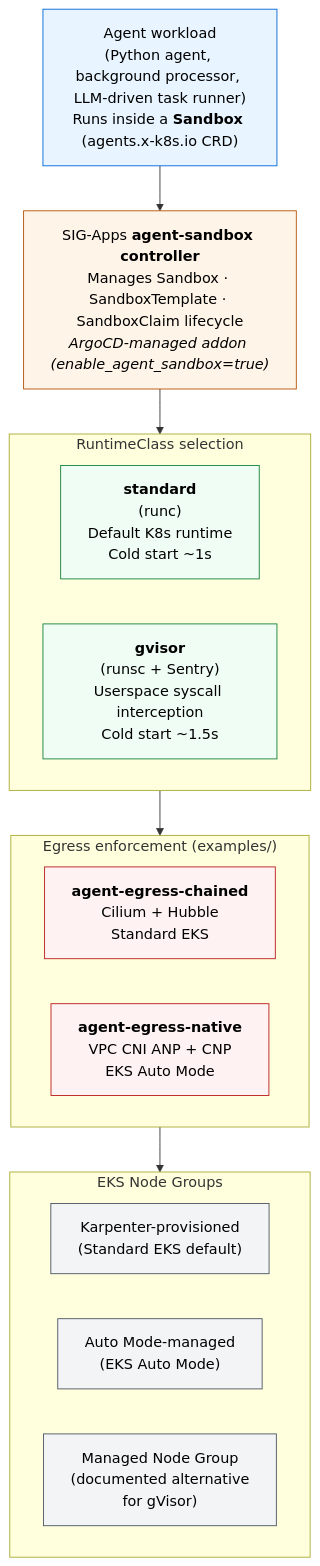
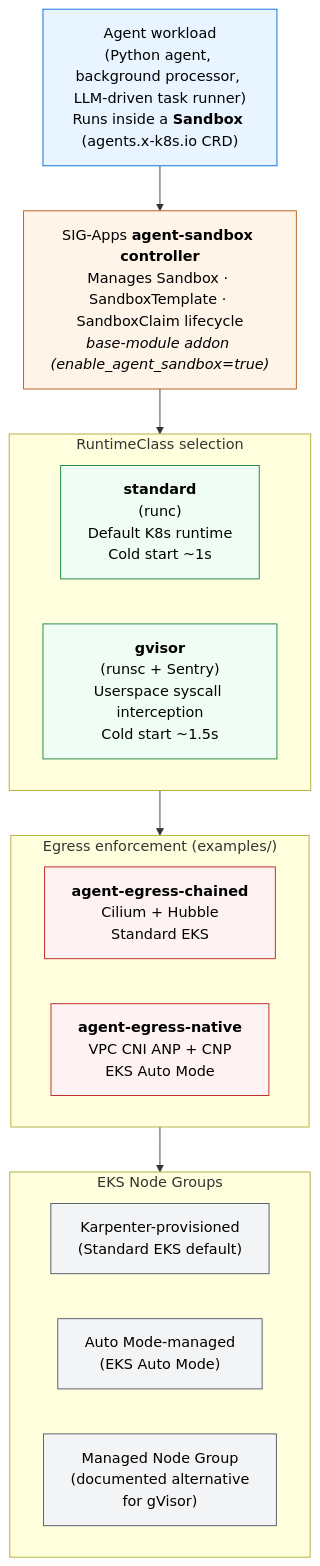
Before and after one commit to awslabs/ai-on-eks: the diagram in website/docs/infra/agents/agent-sandbox.md, drawn with Mermaid. The commit also changed other lines of this file and 4 other files, not shown here.

````diff
--- a/website/docs/infra/agents/agent-sandbox.md
+++ b/website/docs/infra/agents/agent-sandbox.md
@@ -27,36 +27,36 @@
 ```mermaid
 flowchart TB
     classDef workload fill:#e8f4ff,stroke:#0366d6,color:#000
     classDef controller fill:#fff4e8,stroke:#b45309,color:#000
     classDef runtime fill:#f0fdf4,stroke:#15803d,color:#000
     classDef egress fill:#fef2f2,stroke:#b91c1c,color:#000
     classDef node fill:#f3f4f6,stroke:#4b5563,color:#000
 
     A["Agent workload<br/>(Python agent, background processor, LLM-driven task runner)<br/>Runs inside a <b>Sandbox</b> (agents.x-k8s.io CRD)"]:::workload
 
-    B["SIG-Apps <b>agent-sandbox controller</b><br/>Manages Sandbox · SandboxTemplate · SandboxClaim lifecycle<br/><i>ArgoCD-managed addon (enable_agent_sandbox=true)</i>"]:::controller
+    B["SIG-Apps <b>agent-sandbox controller</b><br/>Manages Sandbox · SandboxTemplate · SandboxClaim lifecycle<br/><i>base-module addon (enable_agent_sandbox=true)</i>"]:::controller
 
     subgraph C["RuntimeClass selection"]
         direction LR
         C1["<b>standard</b><br/>(runc)<br/>Default K8s runtime<br/>Cold start ~1s"]:::runtime
         C2["<b>gvisor</b><br/>(runsc + Sentry)<br/>Userspace syscall interception<br/>Cold start ~1.5s"]:::runtime
     end
 
     subgraph D["Egress enforcement (examples/)"]
         direction LR
         D1["<b>agent-egress-chained</b><br/>Cilium + Hubble<br/>Standard EKS"]:::egress
         D2["<b>agent-egress-native</b><br/>VPC CNI ANP + CNP<br/>EKS Auto Mode"]:::egress
     end
 
     subgraph E["EKS Node Groups"]
         direction LR
         E1["Karpenter-provisioned<br/>(Standard EKS default)"]:::node
         E2["Auto Mode-managed<br/>(EKS Auto Mode)"]:::node
         E3["Managed Node Group<br/>(documented alternative<br/>for gVisor)"]:::node
     end
 
     A --> B
     B --> C
     C --> D
     D --> E
 ```
````
